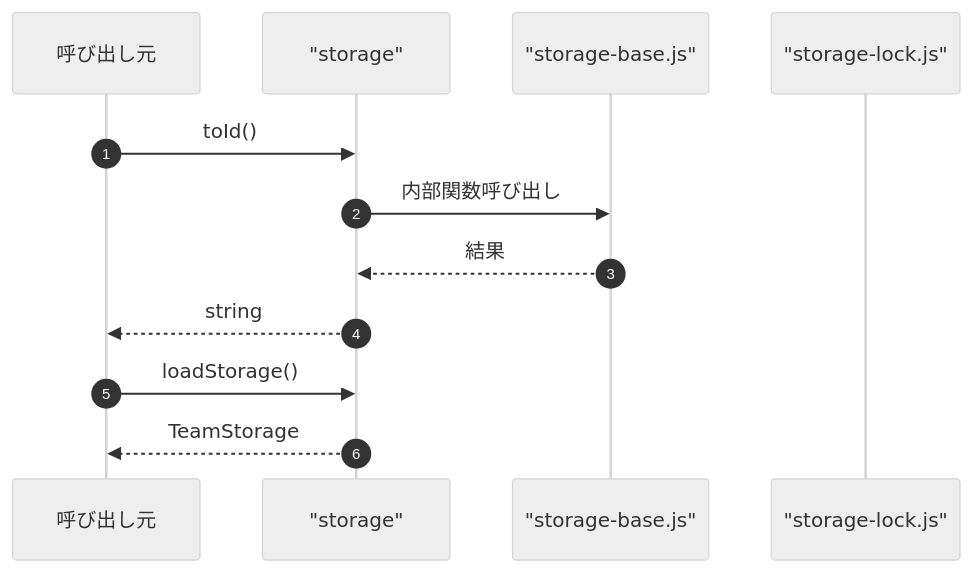
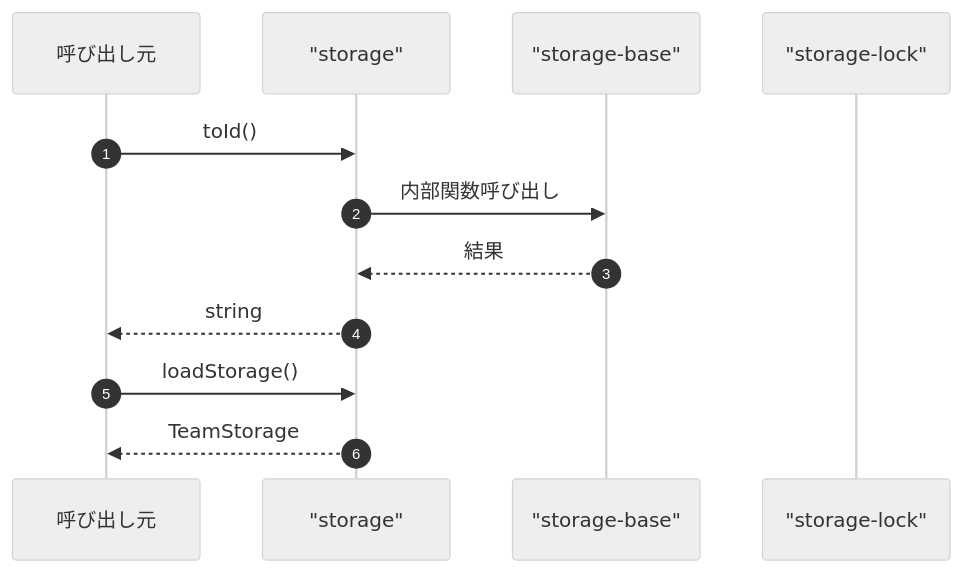
The fourth of 4 diagrams in ABDD/.pi/extensions/agent-teams/storage.md (Mekann2904/mekann), drawn with Mermaid (neutral theme) before and after one commit. The commit also changed other lines of this file and 174 other files, not shown here.

First line of the commit message:
fix(docs): ABDDのMermaid図生成エラーを修正する

````diff
--- a/ABDD/.pi/extensions/agent-teams/storage.md
+++ b/ABDD/.pi/extensions/agent-teams/storage.md
@@ -166,16 +166,16 @@
 ```mermaid
 sequenceDiagram
   autonumber
   participant Caller as 呼び出し元
   participant storage as "storage"
-  participant storage_base_js as "storage-base.js"
-  participant storage_lock_js as "storage-lock.js"
+  participant storage_base as "storage-base"
+  participant storage_lock as "storage-lock"
 
   Caller->>storage: toId()
-  storage->>storage_base_js: 内部関数呼び出し
-  storage_base_js-->>storage: 結果
+  storage->>storage_base: 内部関数呼び出し
+  storage_base-->>storage: 結果
   storage-->>Caller: string
 
   Caller->>storage: loadStorage()
   storage-->>Caller: TeamStorage
 ```
````
